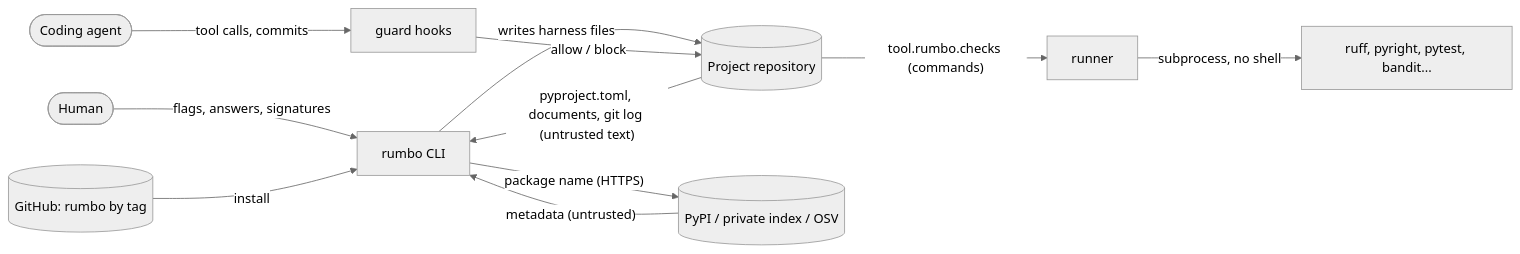
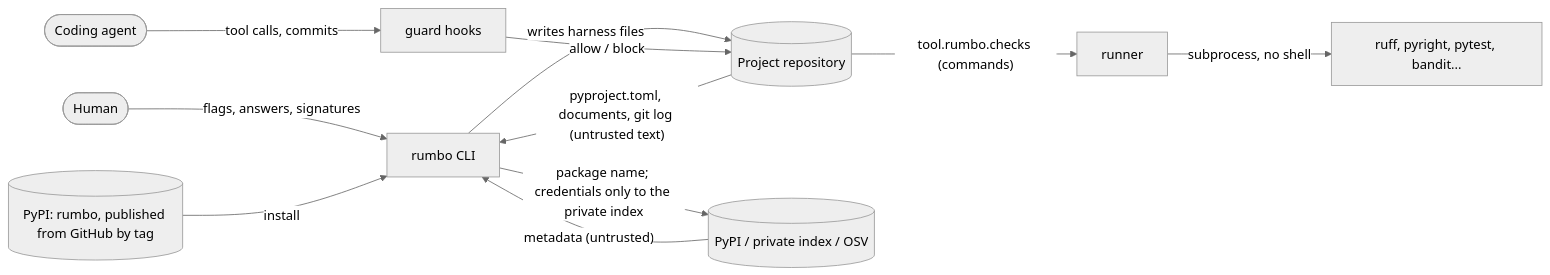
Before and after one commit to padillacm/RUMBO: the diagram in docs/security/threat-model.md, drawn with Mermaid (neutral theme). The commit also changed other lines of this file and 18 other files, not shown here.

````diff
--- a/docs/security/threat-model.md
+++ b/docs/security/threat-model.md
@@ -8,13 +10,13 @@
 ```mermaid
 flowchart LR
   human([Human]) -- "flags, answers, signatures" --> cli[rumbo CLI]
   cli -- "writes harness files" --> repo[(Project repository)]
   agent([Coding agent]) -- "tool calls, commits" --> guard[guard hooks]
   guard -- "allow / block" --> repo
   repo -- "pyproject.toml, documents, git log (untrusted text)" --> cli
   repo -- "tool.rumbo.checks (commands)" --> runner[runner]
   runner -- "subprocess, no shell" --> tools[ruff, pyright, pytest, bandit...]
-  cli -- "package name (HTTPS)" --> index[(PyPI / private index / OSV)]
+  cli -- "package name; credentials only to the private index" --> index[(PyPI / private index / OSV)]
   index -- "metadata (untrusted)" --> cli
-  source[(GitHub: rumbo by tag)] -- "install" --> cli
+  source[(PyPI: rumbo, published from GitHub by tag)] -- "install" --> cli
 ```
````
